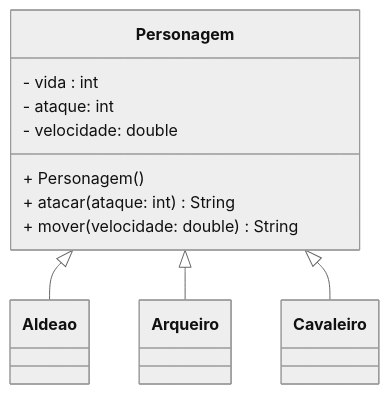
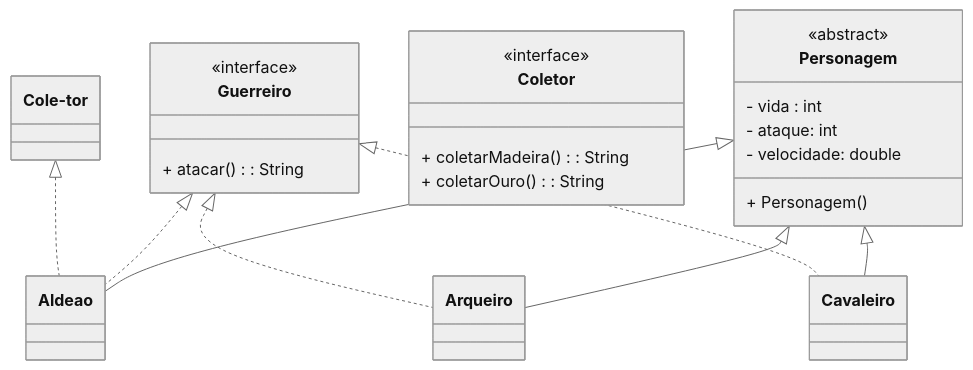
One commit to DeadPerquim/POO-ADS-2026_2 changed the diagram in aulas/2026-10-21-aula/exercicio-JavaOfEmpires/readme.md. Above: the diagram before and after it, drawn with Mermaid (neutral theme). The commit also changed 29 other files, not shown here.

````diff
--- a/aulas/2026-10-21-aula/exercicio-JavaOfEmpires/readme.md
+++ b/aulas/2026-10-21-aula/exercicio-JavaOfEmpires/readme.md
@@ -1,24 +1,39 @@
 ```mermaid
 classDiagram
-    class Personagem{
+    class Personagem{ 
+        <<abstract>>
         - vida : int
         - ataque: int
         - velocidade: double
-        + Personagem()
-        + atacar(ataque: int) String
-        + mover(velocidade: double) String
-    }
-    class Aldeao{
+        + Personagem() 
+        }
+    
+    class Aldeao{ 
         
     }
+    
     class Arqueiro{
+        }
         
-    }
     class Cavaleiro{
-        
-    }
+        }
+
+    class Guerreiro{
+        <<interface>>
+        + atacar(): String 
+        }
+
+    class Coletor{
+        <<interface>>
+        + coletarMadeira(): String
+        + coletarOuro(): String 
+        }
     
     Personagem <|-- Aldeao
     Personagem <|-- Arqueiro
     Personagem <|-- Cavaleiro
+    Guerreiro <|.. Cavaleiro
+    Guerreiro <|.. Arqueiro
+    Guerreiro <|.. Aldeao
+    Cole-tor <|.. Aldeao
 ```
````
